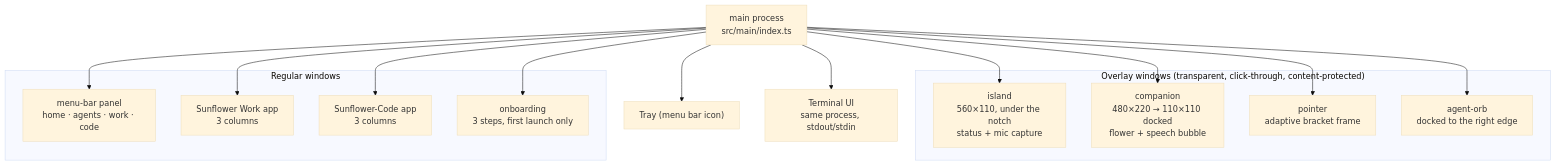
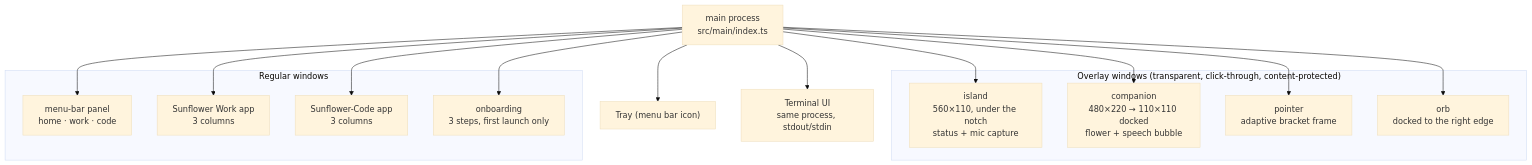
One commit to Tromset/SunFlowerAssistant changed the third of 16 diagrams in DOCUMENTATION.md. Above: the diagram before and after it, drawn with Mermaid (base theme). The commit also changed other lines of this file and 34 other files, not shown here.

````diff
--- a/DOCUMENTATION.md
+++ b/DOCUMENTATION.md
@@ -192,32 +192,32 @@
 ```mermaid
 graph TD
     main["main process<br/>src/main/index.ts"]
 
     subgraph overlays["Overlay windows (transparent, click-through, content-protected)"]
         island["island<br/>560×110, under the notch<br/>status + mic capture"]
         companion["companion<br/>480×220 → 110×110 docked<br/>flower + speech bubble"]
         pointer["pointer<br/>adaptive bracket frame"]
-        orb["agent-orb<br/>docked to the right edge"]
+        orb["orb<br/>docked to the right edge"]
     end
 
     subgraph windows["Regular windows"]
-        panel["menu-bar panel<br/>home · agents · work · code"]
+        panel["menu-bar panel<br/>home · work · code"]
         work["Sunflower Work app<br/>3 columns"]
         code["Sunflower-Code app<br/>3 columns"]
         onboard["onboarding<br/>3 steps, first launch only"]
     end
 
     tray["Tray (menu bar icon)"]
     tui["Terminal UI<br/>same process, stdout/stdin"]
 
     main --> island
     main --> companion
     main --> pointer
     main --> orb
     main --> panel
     main --> work
     main --> code
     main --> onboard
     main --> tray
     main --> tui
 ```
````
